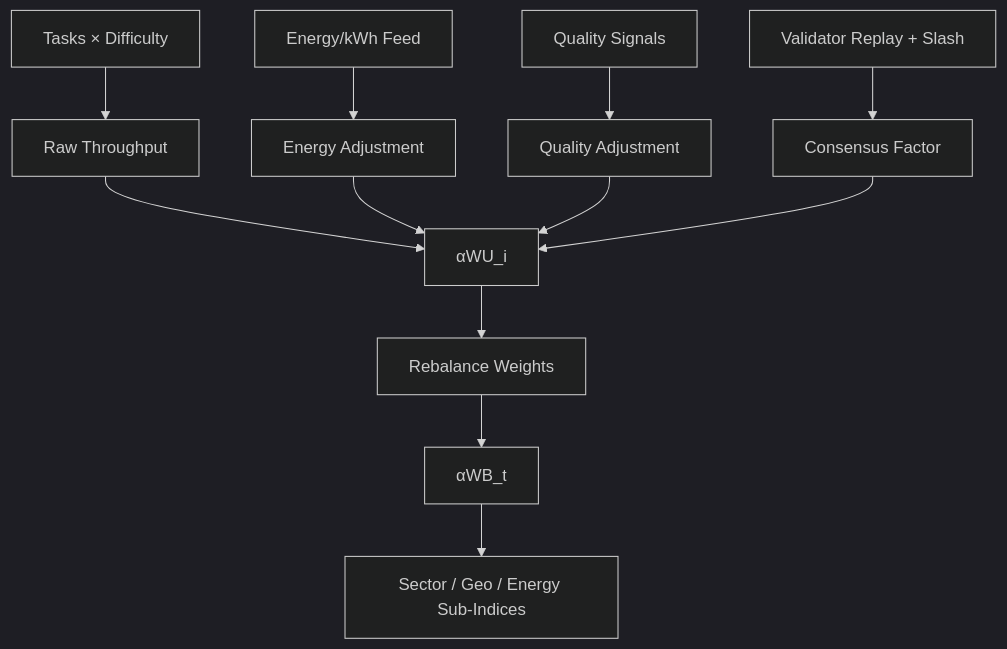
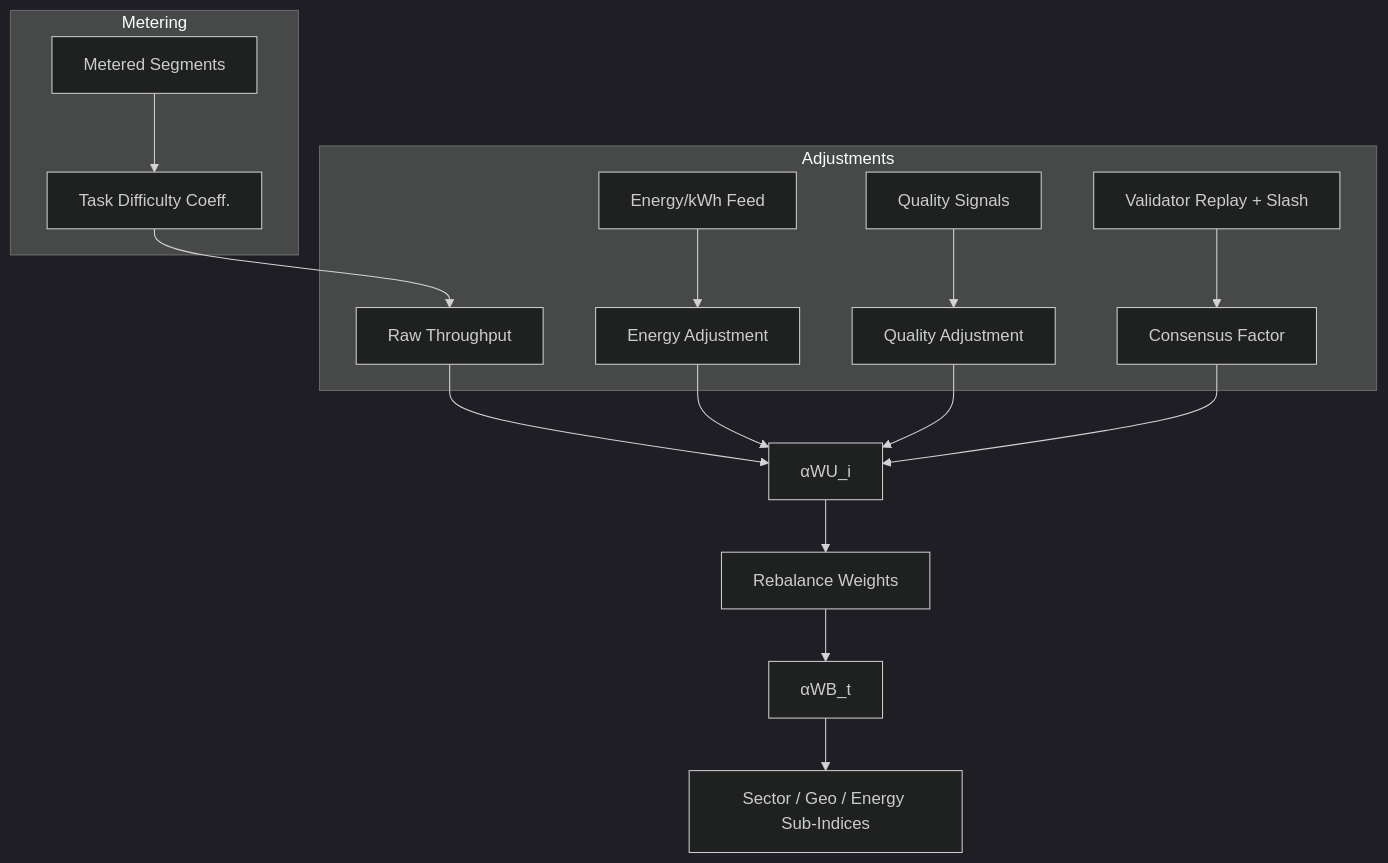
One commit to MontrealAI/AGI-Alpha-Node-v0 changed the third of 4 diagrams in README.md. Above: the diagram before and after it, drawn with Mermaid (dark theme). The commit also changed other lines of this file and 1 other file, not shown here.

````diff
--- a/README.md
+++ b/README.md
@@ -119,14 +101,19 @@
 ```mermaid
 flowchart TD
-  TDC[Tasks × Difficulty] --> Raw[Raw Throughput]
-  Energy[Energy/kWh Feed] --> EA[Energy Adjustment]
-  QAfeed[Quality Signals] --> QA[Quality Adjustment]
-  VCfeed[Validator Replay + Slash] --> VC[Consensus Factor]
+  subgraph Metering
+    Segments[Metered Segments] --> TDC[Task Difficulty Coeff.]
+  end
+  subgraph Adjustments
+    TDC --> Raw[Raw Throughput]
+    Energy[Energy/kWh Feed] --> EA[Energy Adjustment]
+    QAfeed[Quality Signals] --> QA[Quality Adjustment]
+    VCfeed[Validator Replay + Slash] --> VC[Consensus Factor]
+  end
   Raw --> Yield[αWU_i]
   EA --> Yield
   QA --> Yield
   VC --> Yield
   Yield --> Weights[Rebalance Weights]
   Weights --> Index[αWB_t]
   Index --> SubIdx[Sector / Geo / Energy Sub‑Indices]
 ```
````
